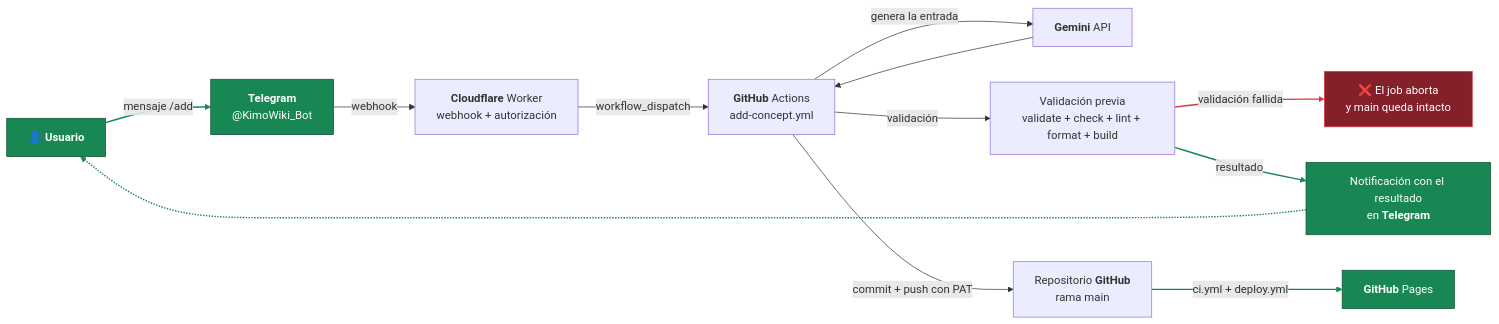
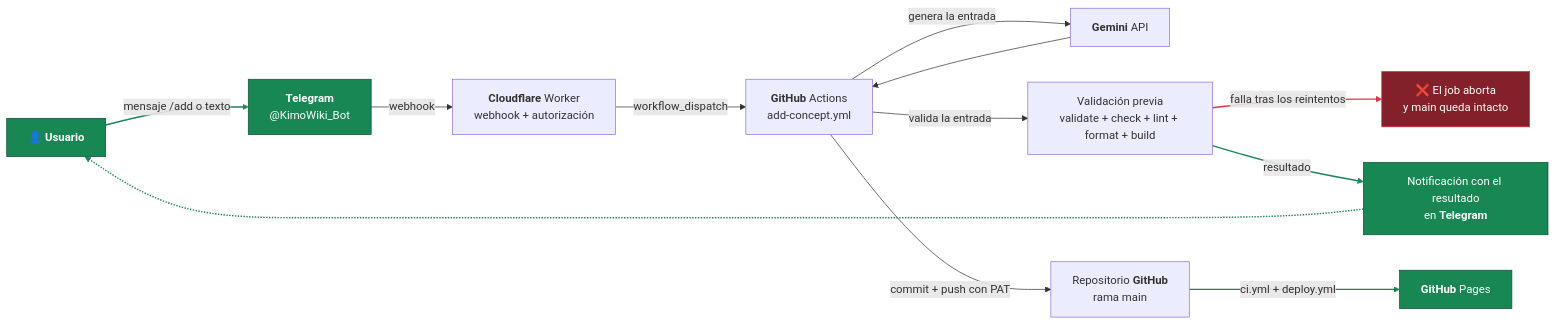
The first of 2 diagrams in specs/telegram-bot.md (kimografico/wiki-dev), drawn with Mermaid before and after one commit. The commit also changed other lines of this file and 4 other files, not shown here.

````diff
--- a/specs/telegram-bot.md
+++ b/specs/telegram-bot.md
@@ -13,31 +13,31 @@
 ```mermaid
 flowchart LR
     U["👤 <b>Usuario</b>"]:::visible
     T["<b>Telegram</b><br/>@KimoWiki_Bot"]:::visible
     W["<b>Cloudflare</b> Worker<br/>webhook + autorización"]
     G["<b>GitHub</b> Actions<br/>add-concept.yml"]
     L["<b>Gemini</b> API"]
     V["Validación previa<br/>validate + check + lint + format + build"]
     R["Repositorio <b>GitHub</b><br/>rama main"]
     P["<b>GitHub</b> Pages"]:::visible
     N["Notificación con el resultado<br/>en <b>Telegram</b>"]:::visible
     X["❌ El job aborta<br/>y main queda intacto"]:::error
 
-    U -- "mensaje /add" --> T
+    U -- "mensaje /add o texto" --> T
     T -- "webhook" --> W
     W -- "workflow_dispatch" --> G
     G -- "genera la entrada" --> L
     L --> G
-    G -- "validación" --> V
-    V -- "validación fallida" --> X
+    G -- "valida la entrada" --> V
+    V -- "falla tras los reintentos" --> X
     V -- "resultado" --> N
     G -- "commit + push con PAT" --> R
     R -- "ci.yml + deploy.yml" --> P
     N -.-> U
 
     classDef visible fill:#198754,stroke:#0f5132,color:#ffffff
     classDef error fill:#842029,stroke:#dc3545,color:#ffffff
 
     linkStyle 0,7,9,10 stroke:#198754,stroke-width:2px
     linkStyle 6 stroke:#dc3545,stroke-width:2px
 ```
````
